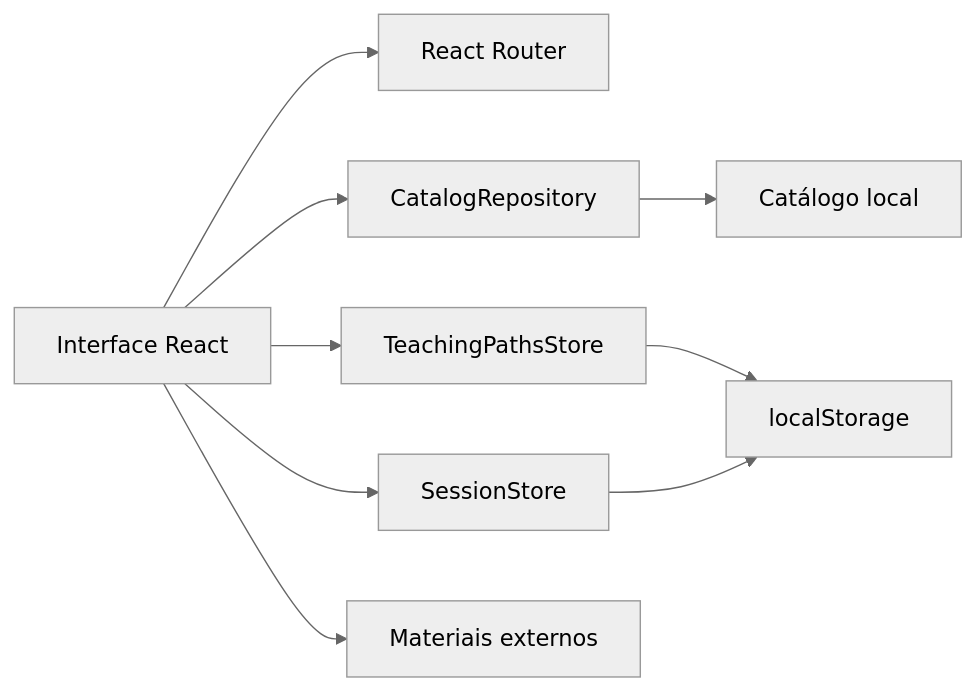
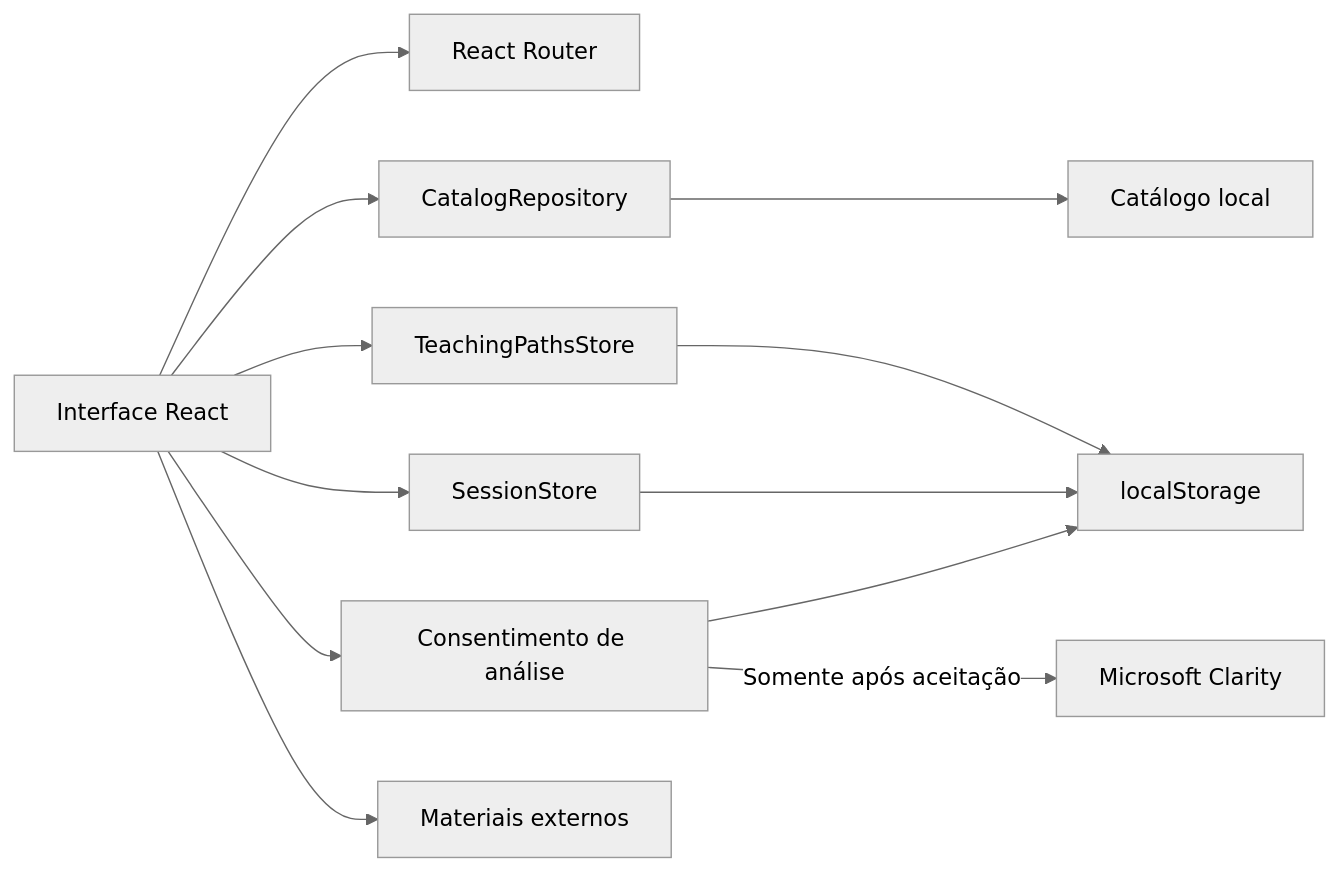
Before and after one commit to AKL77/explora-computacao: the first of 2 diagrams in docs/arquitetura.md, drawn with Mermaid (neutral theme). The commit also changed other lines of this file and 41 other files, not shown here.

Commit message:
feat: publish v0.2.0 with new materials and consent-based Clarity

````diff
--- a/docs/arquitetura.md
+++ b/docs/arquitetura.md
@@ -9,11 +9,14 @@
 ```mermaid
 flowchart LR
   UI["Interface React"] --> ROUTER["React Router"]
   UI --> CATALOG["CatalogRepository"]
   CATALOG --> FIXTURE["Catálogo local"]
   UI --> PATHS["TeachingPathsStore"]
   UI --> SESSION["SessionStore"]
   PATHS --> LS["localStorage"]
   SESSION --> LS
+  UI --> CONSENT["Consentimento de análise"]
+  CONSENT --> LS
+  CONSENT -->|"Somente após aceitação"| CLARITY["Microsoft Clarity"]
   UI --> EXT["Materiais externos"]
 ```
````
